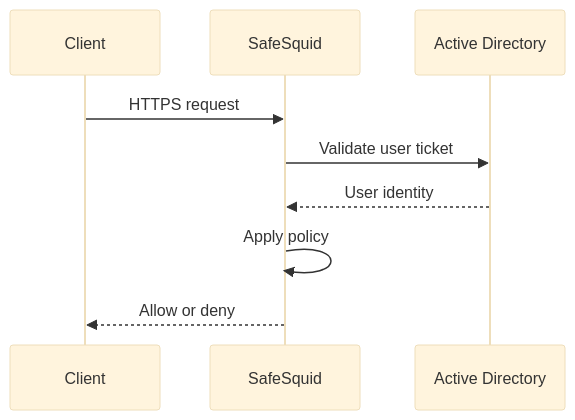
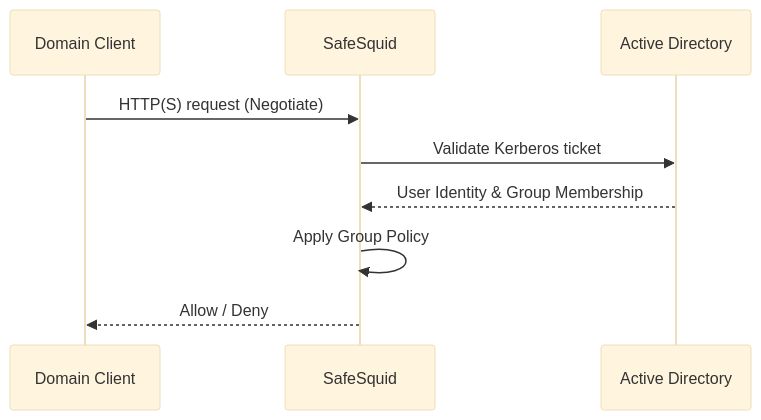
Before and after one commit to SafeSquid-Github/docs: the diagram in docs/04-Authentication/03-Directory_Services/01-Active_Directory/03-SSO_Authentication.md, drawn with Mermaid (base theme). The commit also changed other lines of this file and 12 other files, not shown here.

````diff
--- a/docs/04-Authentication/03-Directory_Services/01-Active_Directory/03-SSO_Authentication.md
+++ b/docs/04-Authentication/03-Directory_Services/01-Active_Directory/03-SSO_Authentication.md
@@ -51,11 +18,11 @@
 ```mermaid
 sequenceDiagram
-    participant Client
+    participant Client as Domain Client
     participant SafeSquid
     participant AD as Active Directory
-    Client->>SafeSquid: HTTPS request
-    SafeSquid->>AD: Validate user ticket
-    AD-->>SafeSquid: User identity
-    SafeSquid->>SafeSquid: Apply policy
-    SafeSquid-->>Client: Allow or deny
+    Client->>SafeSquid: HTTP(S) request (Negotiate)
+    SafeSquid->>AD: Validate Kerberos ticket
+    AD-->>SafeSquid: User Identity & Group Membership
+    SafeSquid->>SafeSquid: Apply Group Policy
+    SafeSquid-->>Client: Allow / Deny
 ```
````
